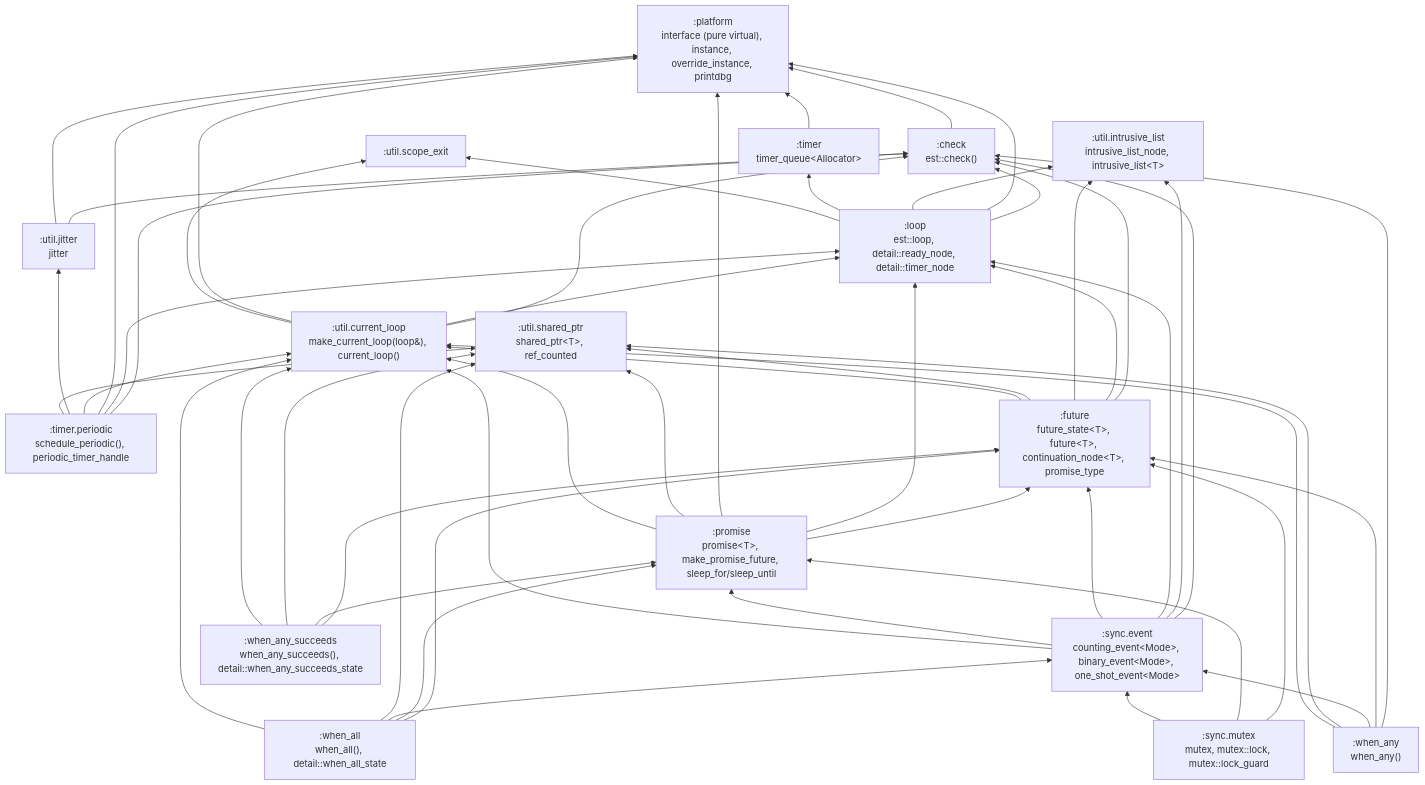
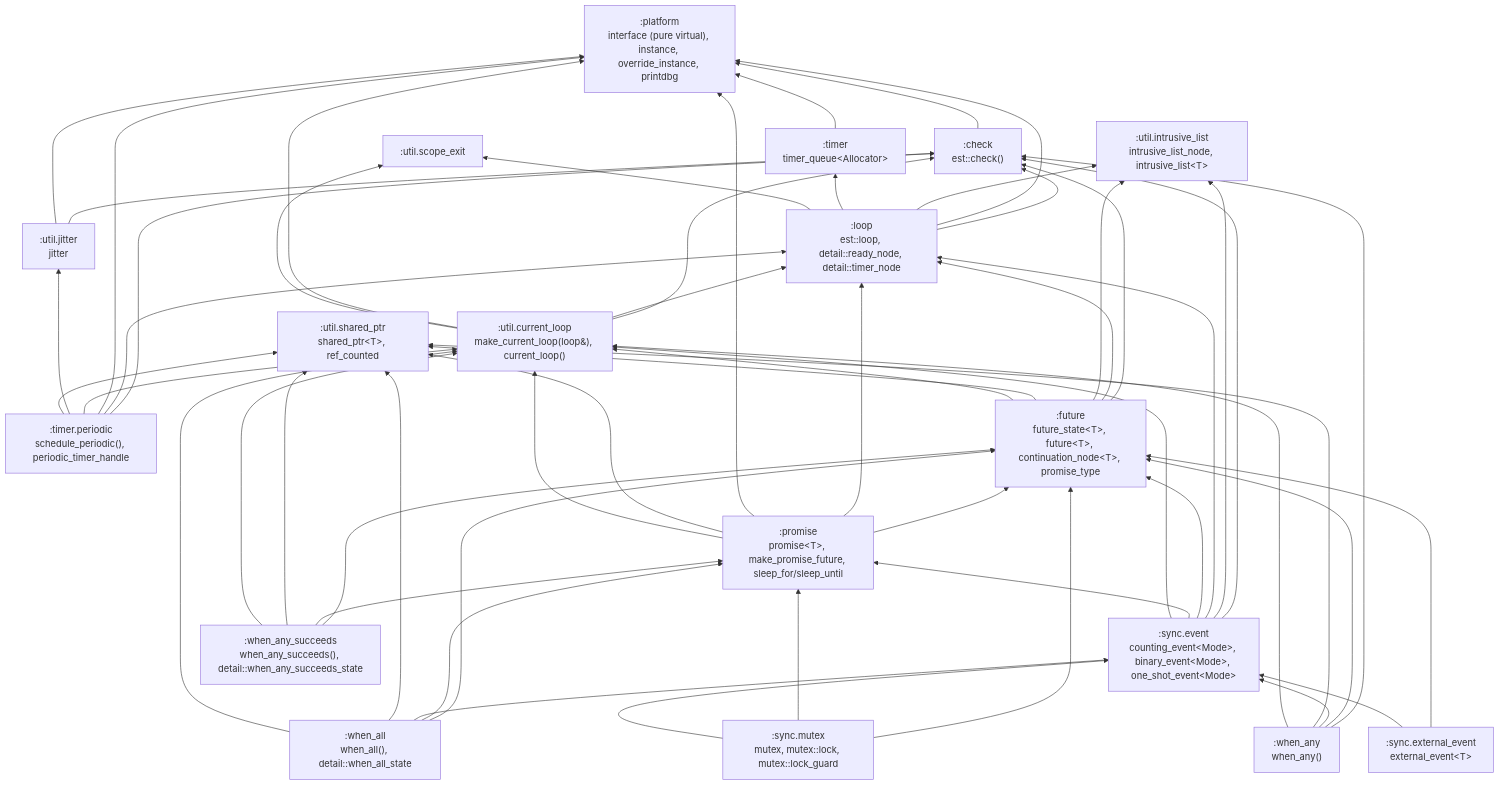
The first of 2 diagrams in docs/wiki/Architecture.md (andijcr/async_experiments), drawn with Mermaid before and after one commit. The commit also changed other lines of this file and 8 other files, not shown here.

First line of the commit message:
Add est::external_event<T> bridging an external atomic (issue #74)

````diff
--- a/docs/wiki/Architecture.md
+++ b/docs/wiki/Architecture.md
@@ -10,73 +10,76 @@
 ```mermaid
 graph BT
   platform[":platform<br/>interface (pure virtual), instance, override_instance, printdbg"]
   check[":check<br/>est::check()"]
   scope_exit[":util.scope_exit"]
   shared_ptr[":util.shared_ptr<br/>shared_ptr&lt;T&gt;, ref_counted"]
   intrusive_list[":util.intrusive_list<br/>intrusive_list_node, intrusive_list&lt;T&gt;"]
   event[":sync.event<br/>counting_event&lt;Mode&gt;, binary_event&lt;Mode&gt;, one_shot_event&lt;Mode&gt;"]
+  external_event[":sync.external_event<br/>external_event&lt;T&gt;"]
   mutex[":sync.mutex<br/>mutex, mutex::lock, mutex::lock_guard"]
   timer[":timer<br/>timer_queue&lt;Allocator&gt;"]
   loop[":loop<br/>est::loop, detail::ready_node, detail::timer_node"]
   current_loop[":util.current_loop<br/>make_current_loop(loop&amp;), current_loop()"]
   jitter[":util.jitter<br/>jitter"]
   timer_periodic[":timer.periodic<br/>schedule_periodic(), periodic_timer_handle"]
   future[":future<br/>future_state&lt;T&gt;, future&lt;T&gt;, continuation_node&lt;T&gt;, promise_type"]
   promise[":promise<br/>promise&lt;T&gt;, make_promise_future, sleep_for/sleep_until"]
   when_all[":when_all<br/>when_all(), detail::when_all_state"]
   when_any[":when_any<br/>when_any()"]
   when_any_succeeds[":when_any_succeeds<br/>when_any_succeeds(), detail::when_any_succeeds_state"]
 
   check --> platform
   event --> check
   event --> intrusive_list
   event --> loop
   event --> future
   event --> promise
   event --> current_loop
+  external_event --> future
+  external_event --> event
   mutex --> future
   mutex --> promise
   mutex --> event
   timer --> platform
   loop --> check
   loop --> platform
   loop --> intrusive_list
   loop --> timer
   loop --> scope_exit
   current_loop --> check
   current_loop --> loop
   current_loop --> platform
   current_loop --> scope_exit
   jitter --> check
   jitter --> platform
   timer_periodic --> check
   timer_periodic --> loop
   timer_periodic --> platform
   timer_periodic --> current_loop
   timer_periodic --> jitter
   timer_periodic --> shared_ptr
   future --> check
   future --> loop
   future --> intrusive_list
   future --> shared_ptr
   future --> current_loop
   promise --> future
   promise --> loop
   promise --> platform
   promise --> shared_ptr
   promise --> current_loop
   when_all --> future
   when_all --> promise
   when_all --> event
   when_all --> shared_ptr
   when_all --> current_loop
   when_any --> check
   when_any --> future
   when_any --> event
   when_any --> shared_ptr
   when_any --> current_loop
   when_any_succeeds --> future
   when_any_succeeds --> promise
   when_any_succeeds --> shared_ptr
   when_any_succeeds --> current_loop
 ```
````
